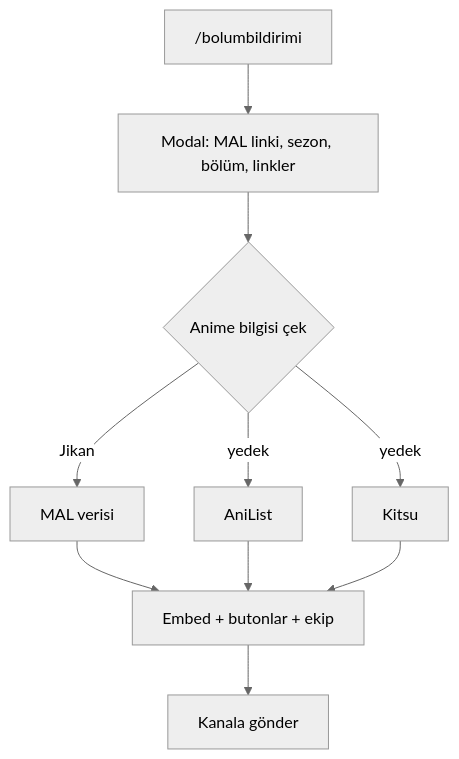
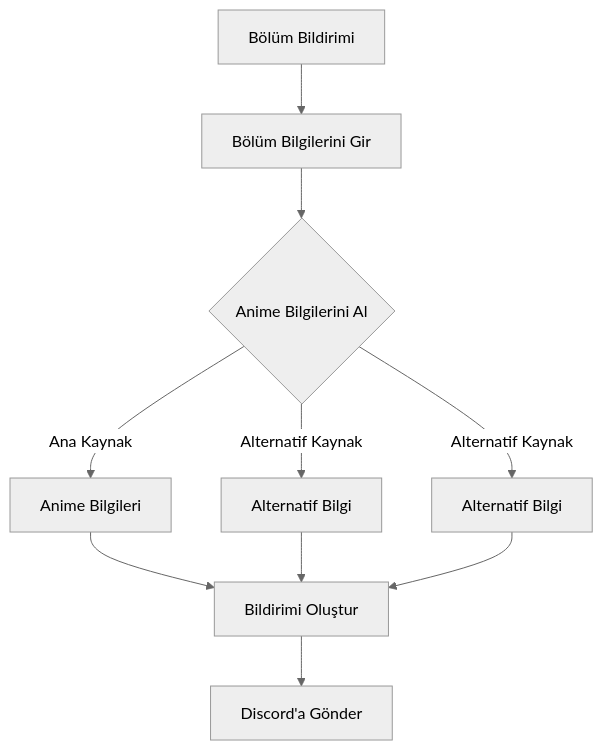
One commit to wezlem/Luminasubs-bot changed the second of 2 diagrams in README.md. Above: the diagram before and after it, drawn with Mermaid (neutral theme). The commit also changed other lines of this file, not shown here.

````diff
--- a/README.md
+++ b/README.md
@@ -63,12 +133,12 @@
 ```mermaid
 flowchart TD
-    A["/bolumbildirimi"] --> B[Modal: MAL linki, sezon, bölüm, linkler]
-    B --> C{Anime bilgisi çek}
-    C -->|Jikan| D[MAL verisi]
-    C -->|yedek| E[AniList]
-    C -->|yedek| F[Kitsu]
-    D --> G[Embed + butonlar + ekip]
+    A["Bölüm Bildirimi"] --> B[Bölüm Bilgilerini Gir]
+    B --> C{Anime Bilgilerini Al}
+    C -->|Ana Kaynak| D[Anime Bilgileri]
+    C -->|Alternatif Kaynak| E[Alternatif Bilgi]
+    C -->|Alternatif Kaynak| F[Alternatif Bilgi]
+    D --> G[Bildirimi Oluştur]
     E --> G
     F --> G
-    G --> H[Kanala gönder]
+    G --> H[Discord'a Gönder]
 ```
````
